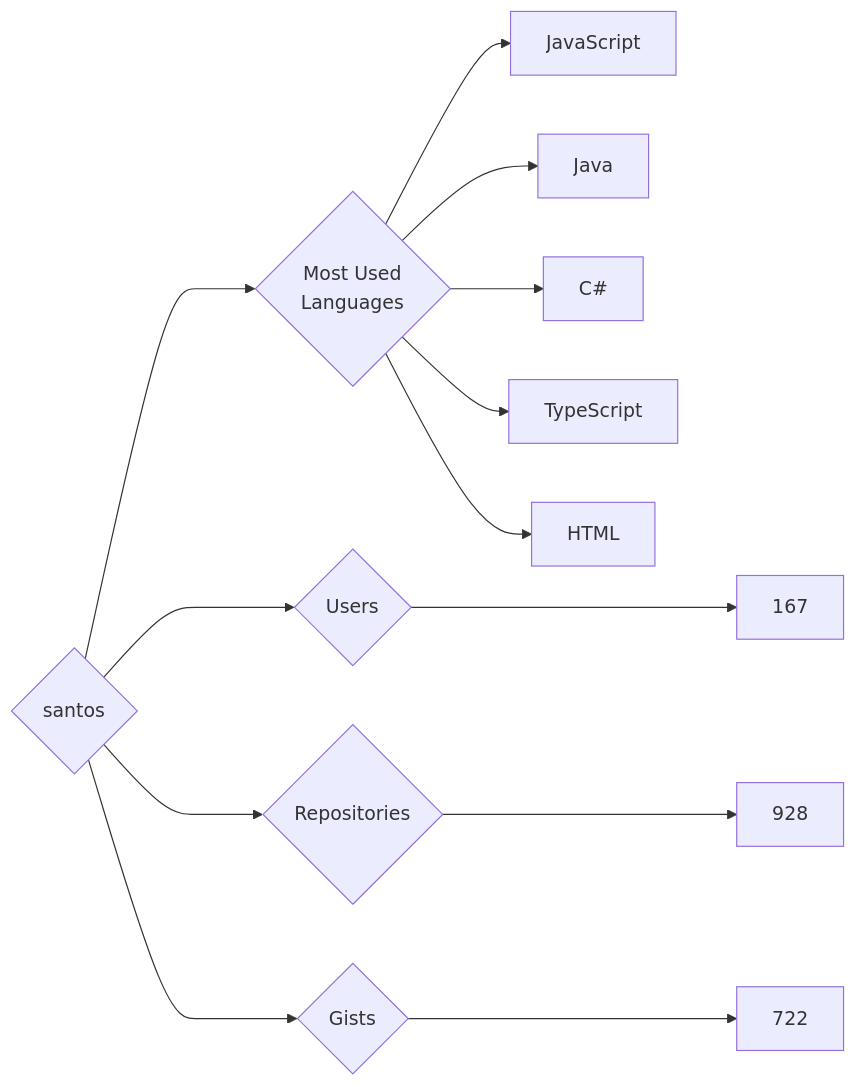
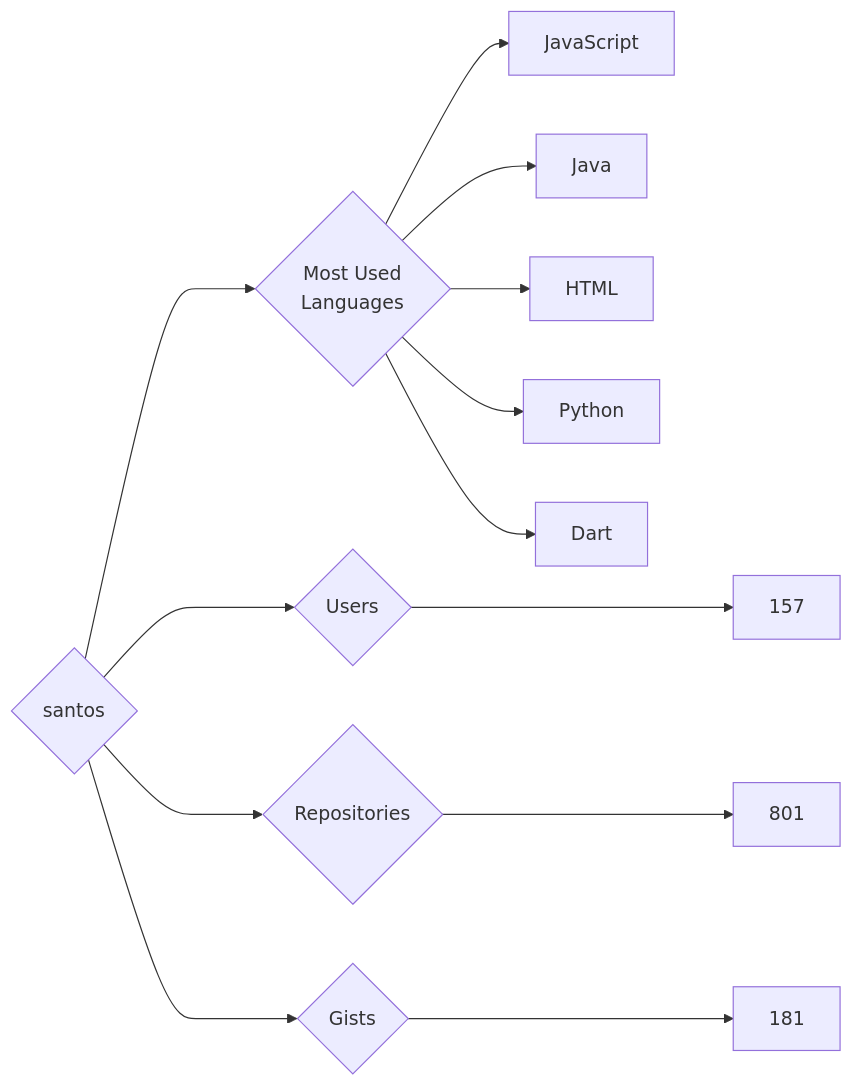
The diagram in targets/santos/README.md (trickest/insiders), drawn with Mermaid before and after one commit. The commit also changed 699 other files, not shown here.

````diff
--- a/targets/santos/README.md
+++ b/targets/santos/README.md
@@ -3,13 +3,13 @@
 ```mermaid
 graph LR
 COMPANY_NAME{santos}
-COMPANY_NAME ---> U{Users} ---> UN[167]
-COMPANY_NAME ---> R{Repositories} ---> RN[928]
-COMPANY_NAME ---> G{Gists} ---> GN[722]
+COMPANY_NAME ---> U{Users} ---> UN[157]
+COMPANY_NAME ---> R{Repositories} ---> RN[801]
+COMPANY_NAME ---> G{Gists} ---> GN[181]
 COMPANY_NAME ---> ML{Most Used<br>Languages}
 ML --> JavaScript[JavaScript]
 ML --> Java[Java]
-ML --> C#[C#]
-ML --> TypeScript[TypeScript]
 ML --> HTML[HTML]
+ML --> Python[Python]
+ML --> Dart[Dart]
 ```
````
